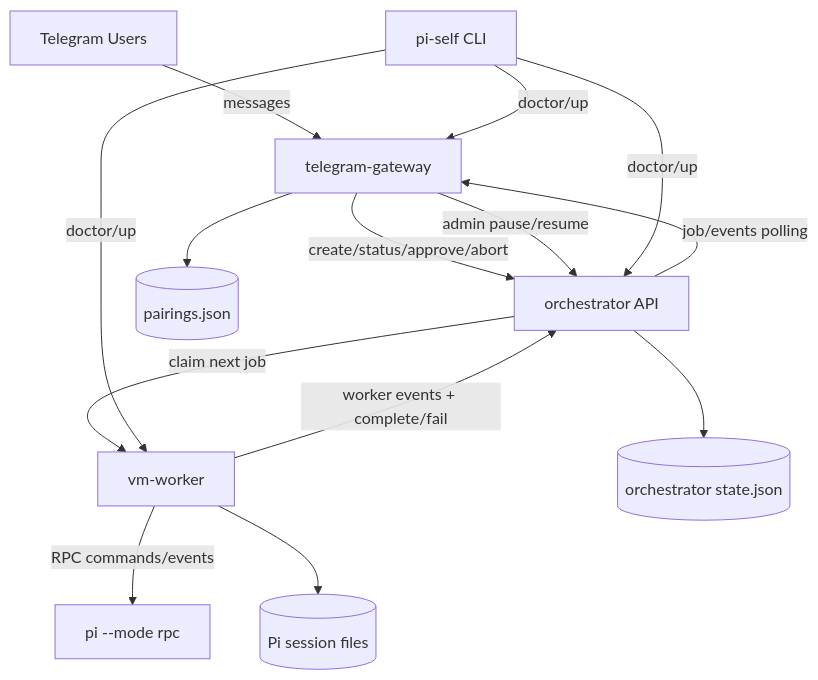
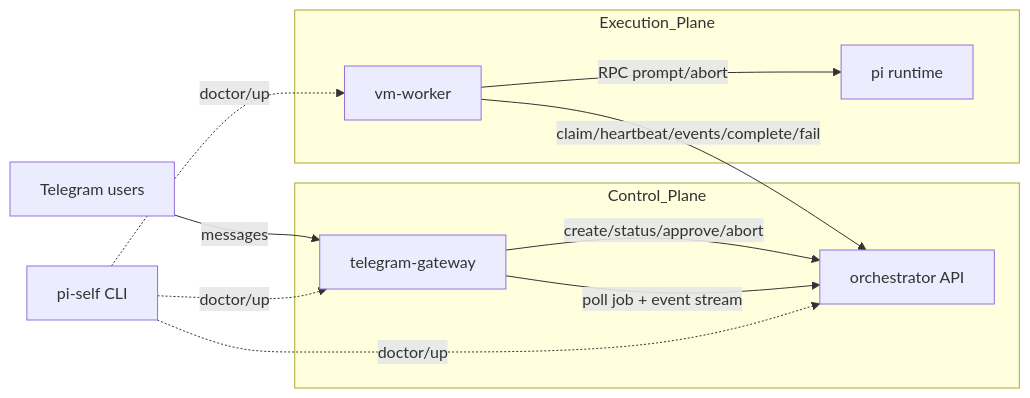
The first of 3 diagrams in docs/ARCHITECTURE.md (acrucetta/butler), drawn with Mermaid before and after one commit. The commit also changed other lines of this file and 19 other files, not shown here.

Commit message:
bootstrap agent harness and clean up architecture docs

````diff
--- a/docs/ARCHITECTURE.md
+++ b/docs/ARCHITECTURE.md
@@ -8,20 +14,19 @@
 ```mermaid
-flowchart TD
-    TG[Telegram Users] -->|messages| GW[telegram-gateway]
-    GW -->|create/status/approve/abort| ORCH[orchestrator API]
-    GW -->|admin pause/resume| ORCH
+flowchart LR
+    TG[Telegram users] -->|messages| GW[telegram-gateway]
 
-    ORCH -->|claim next job| WORKER[vm-worker]
-    WORKER -->|worker events + complete/fail| ORCH
-    ORCH -->|job/events polling| GW
+    subgraph Control_Plane
+      GW -->|create/status/approve/abort| ORCH[orchestrator API]
+      GW -->|poll job + event stream| ORCH
+    end
 
-    WORKER -->|RPC commands/events| PI[pi --mode rpc]
+    subgraph Execution_Plane
+      WORKER[vm-worker] -->|RPC prompt/abort| PI[pi runtime]
+    end
 
-    GW --> PAIR[(pairings.json)]
-    ORCH --> STATE[(orchestrator state.json)]
-    WORKER --> SESS[(Pi session files)]
+    WORKER -->|claim/heartbeat/events/complete/fail| ORCH
 
-    CLI[pi-self CLI] -->|doctor/up| GW
-    CLI -->|doctor/up| ORCH
-    CLI -->|doctor/up| WORKER
+    CLI[pi-self CLI] -. doctor/up .-> GW
+    CLI -. doctor/up .-> ORCH
+    CLI -. doctor/up .-> WORKER
 ```
````
